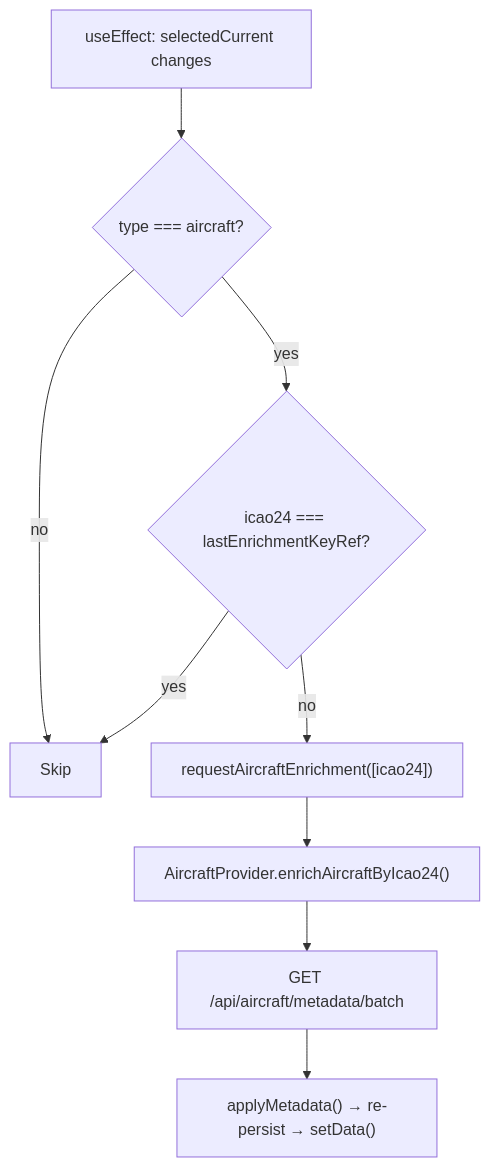
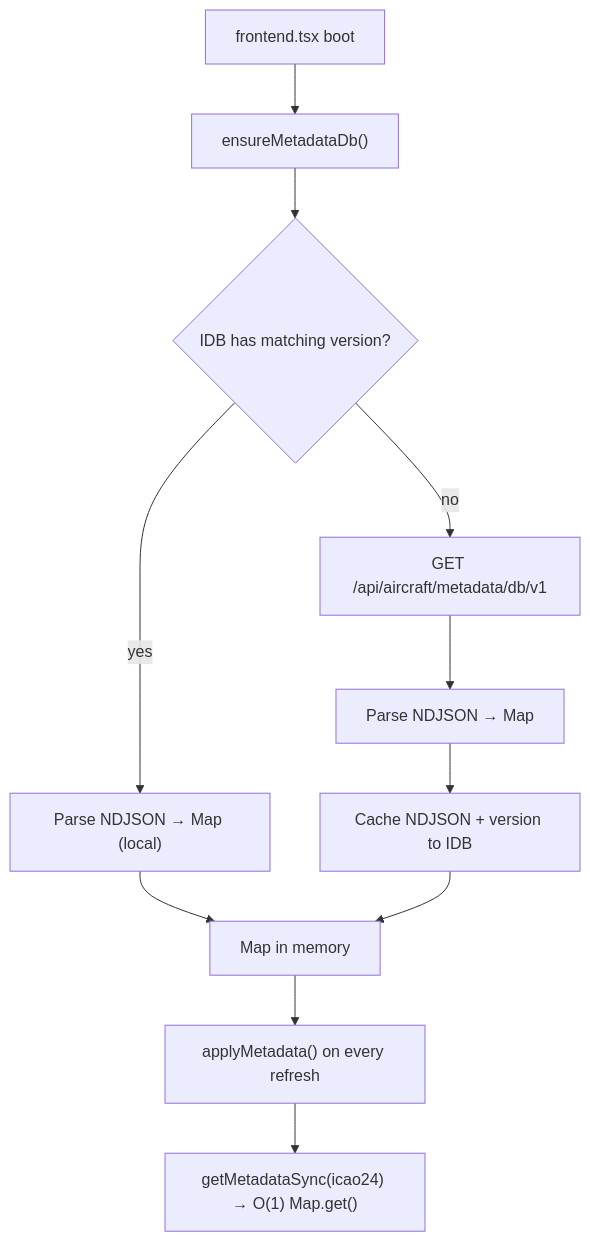
The fourth of 4 diagrams in docs/data-flow.md (iiTONELOC/sigint), drawn with Mermaid before and after one commit. The commit also changed other lines of this file and 11 other files, not shown here.

````diff
--- a/docs/data-flow.md
+++ b/docs/data-flow.md
@@ -370,11 +379,13 @@
 ```mermaid
 flowchart TD
-    Trigger["useEffect: selectedCurrent changes"] --> Check{"type === aircraft?"}
-    Check -->|"no"| Skip
-    Check -->|"yes"| Dedup{"icao24 === lastEnrichmentKeyRef?"}
-    Dedup -->|"yes"| Skip
-    Dedup -->|"no"| Call["requestAircraftEnrichment([icao24])"]
-    Call --> Provider["AircraftProvider.enrichAircraftByIcao24()"]
-    Provider --> Server["GET /api/aircraft/metadata/batch"]
-    Server --> Apply["applyMetadata() → re-persist → setData()"]
+    Boot["frontend.tsx boot"] --> EnsureDB["ensureMetadataDb()"]
+    EnsureDB --> CheckIDB{"IDB has matching version?"}
+    CheckIDB -->|"yes"| ParseLocal["Parse NDJSON → Map (local)"]
+    CheckIDB -->|"no"| FetchDB["GET /api/aircraft/metadata/db/v1"]
+    FetchDB --> ParseFetch["Parse NDJSON → Map"]
+    ParseFetch --> PersistIDB["Cache NDJSON + version to IDB"]
+    ParseLocal --> Ready["Map<icao24, AircraftMetadata> in memory"]
+    PersistIDB --> Ready
+    Ready --> Apply["applyMetadata() on every refresh"]
+    Apply --> Sync["getMetadataSync(icao24) → O(1) Map.get()"]
 ```
````
